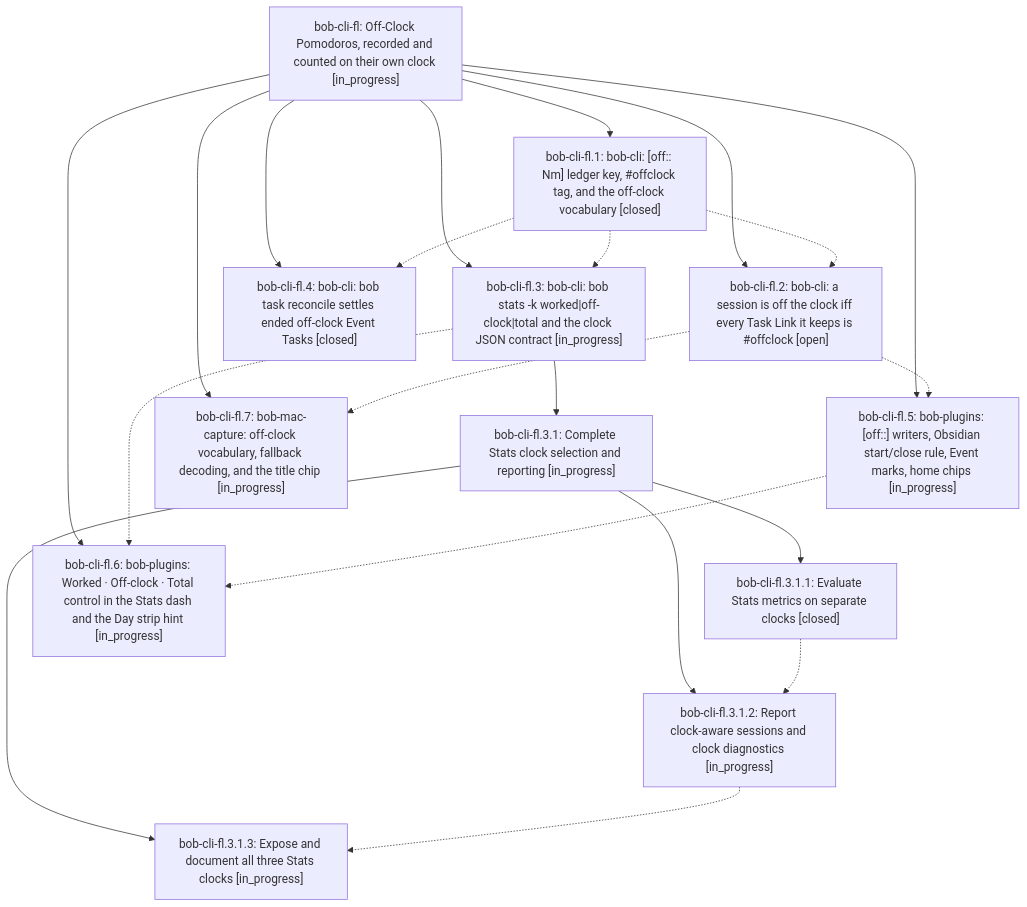
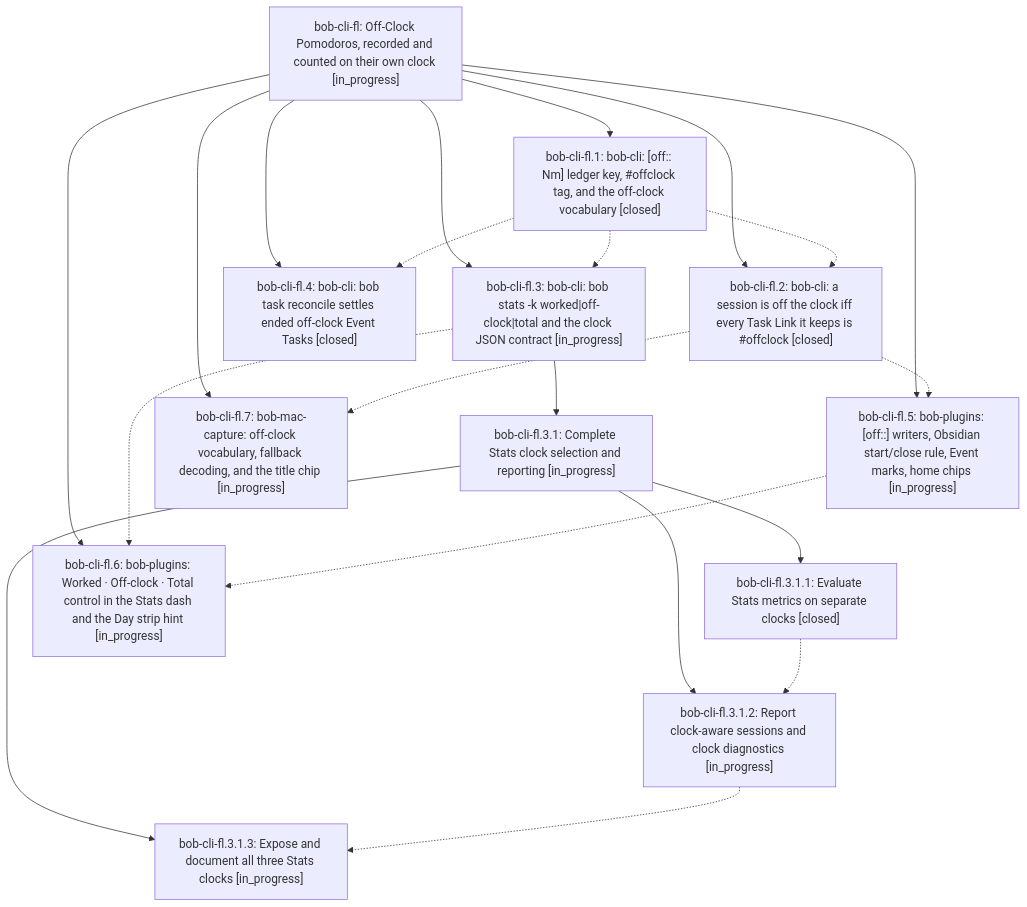
Before and after one commit to bobs-org/bob-cli--beads: the diagram in pages/bob-cli-fl/README.md, drawn with Mermaid. The commit also changed other lines of this file and 7 other files, not shown here.

First line of the commit message:
chore(beads): sync bead state and pages for bob-cli-fl

````diff
--- a/pages/bob-cli-fl/README.md
+++ b/pages/bob-cli-fl/README.md
@@ -42,35 +42,35 @@
 ```mermaid
 flowchart TD
     n0["bob-cli-fl: Off-Clock Pomodoros, recorded and counted on their own clock [in_progress]"]
     n1["bob-cli-fl.1: bob-cli: [off:: Nm] ledger key, #offclock tag, and the off-clock vocabulary [closed]"]
-    n2["bob-cli-fl.2: bob-cli: a session is off the clock iff every Task Link it keeps is #offclock [open]"]
+    n2["bob-cli-fl.2: bob-cli: a session is off the clock iff every Task Link it keeps is #offclock [closed]"]
     n3["bob-cli-fl.3: bob-cli: bob stats -k worked|off-clock|total and the clock JSON contract [in_progress]"]
     n4["bob-cli-fl.3.1: Complete Stats clock selection and reporting [in_progress]"]
     n5["bob-cli-fl.3.1.1: Evaluate Stats metrics on separate clocks [closed]"]
     n6["bob-cli-fl.3.1.2: Report clock-aware sessions and clock diagnostics [in_progress]"]
     n7["bob-cli-fl.3.1.3: Expose and document all three Stats clocks [in_progress]"]
     n8["bob-cli-fl.4: bob-cli: bob task reconcile settles ended off-clock Event Tasks [closed]"]
     n9["bob-cli-fl.5: bob-plugins: [off::] writers, Obsidian start/close rule, Event marks, home chips [in_progress]"]
     n10["bob-cli-fl.6: bob-plugins: Worked · Off-clock · Total control in the Stats dash and the Day strip hint [in_progress]"]
     n11["bob-cli-fl.7: bob-mac-capture: off-clock vocabulary, fallback decoding, and the title chip [in_progress]"]
     n0 --> n1
     n0 --> n2
     n0 --> n3
     n3 --> n4
     n4 --> n5
     n4 --> n6
     n4 --> n7
     n0 --> n8
     n0 --> n9
     n0 --> n10
     n0 --> n11
     n1 -.-> n2
     n1 -.-> n3
     n1 -.-> n8
     n2 -.-> n9
     n2 -.-> n11
     n3 -.-> n10
     n5 -.-> n6
     n6 -.-> n7
     n9 -.-> n10
 ```
````
